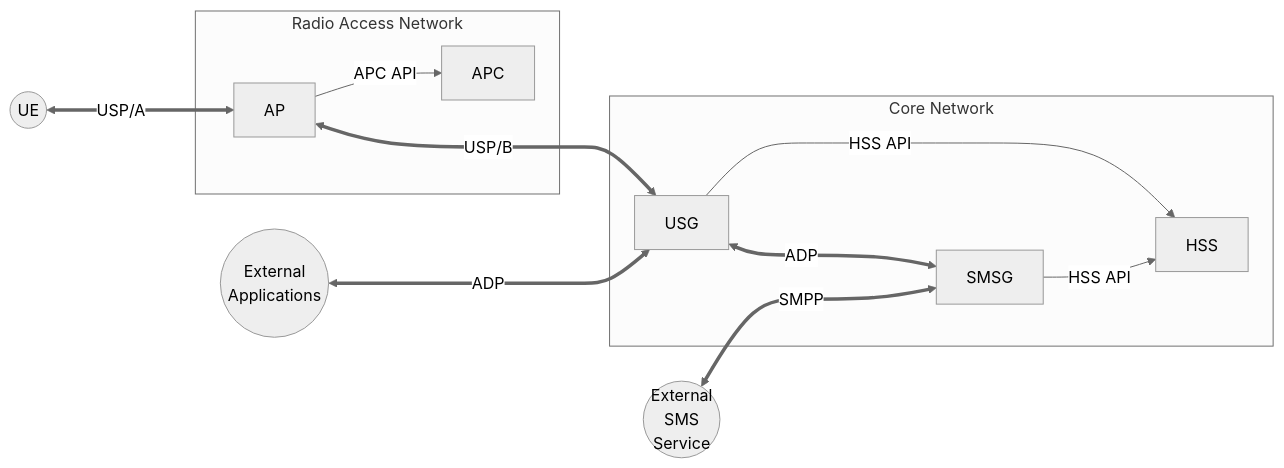
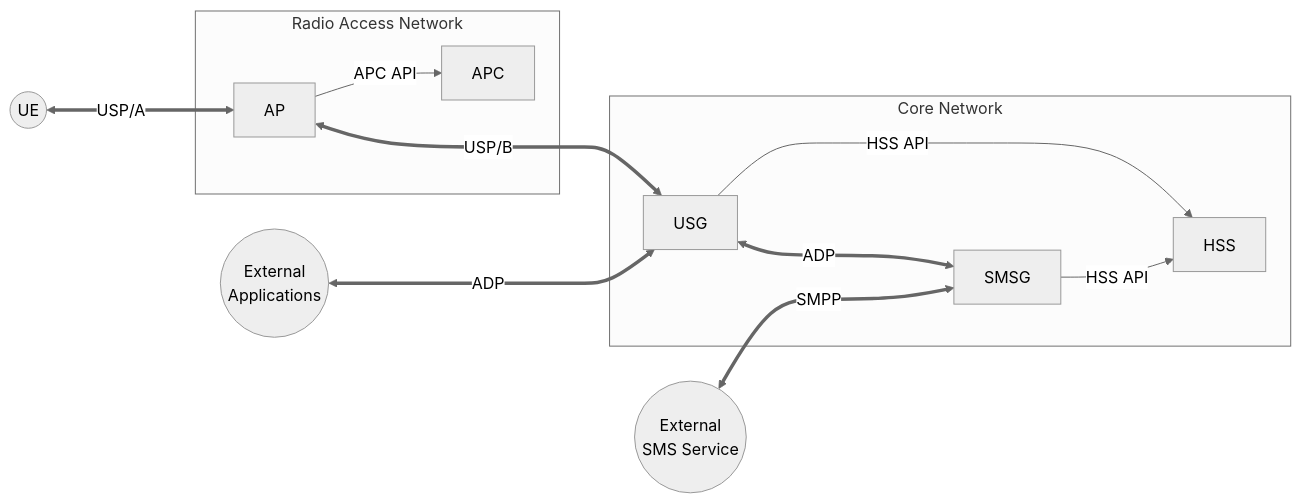
Before and after one commit to samuelh2005/cc-telecom: the diagram in docs/architecture.md, drawn with Mermaid (neutral theme). The commit also changed 4 other files, not shown here.

````diff
--- a/docs/architecture.md
+++ b/docs/architecture.md
@@ -19,28 +19,28 @@
 ```mermaid
 flowchart LR
     UE((UE))
     EA(("External\nApplications"))
-    ESMS(("External\nSMS\nService"))
+    ESMS(("External\nSMS Service"))
 
     subgraph "Radio Access Network"
         AP[AP]
         APC[APC]
 
         AP --> |"APC API"| APC
     end
 
     subgraph "Core Network"
         HSS["HSS"]
         USG[USG]
         SMSG[SMSG]
 
         USG --> |"HSS API"| HSS
         SMSG --> |"HSS API"| HSS
         USG <===> |"ADP"| SMSG
     end
     
     AP <===> |"USP/B"| USG
     UE <===> |"USP/A"| AP
     EA <===> |"ADP"| USG
     ESMS <===> |"SMPP"| SMSG
 ```
````
